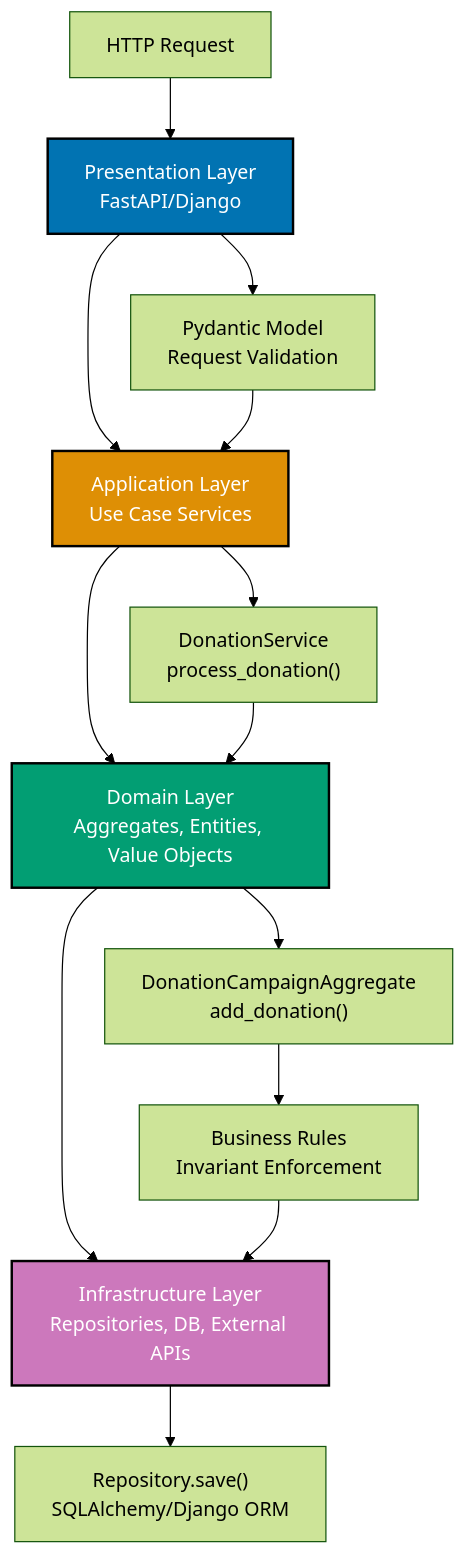
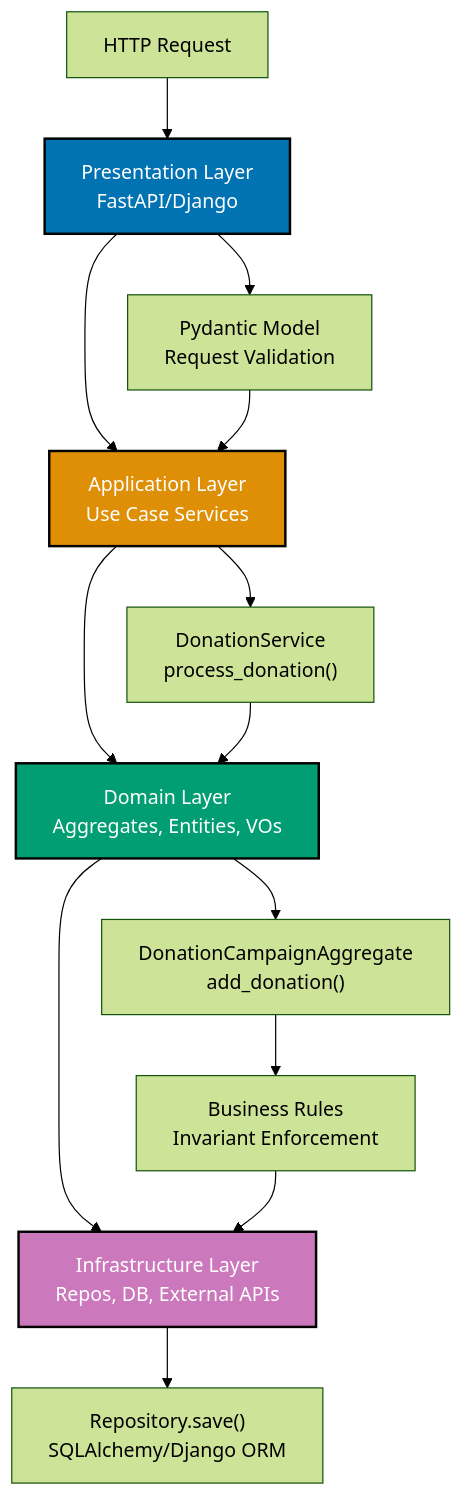
Before and after one commit to wahidyankf/ose-primer: the first of 6 diagrams in docs/explanation/software-engineering/programming-languages/python/domain-driven-design.md, drawn with Mermaid (forest theme). The commit also changed other lines of this file and 12 other files, not shown here.

Commit message:
fix(docs): fix mermaid violations in python/ docs (batch 2/10)

````diff
--- a/docs/explanation/software-engineering/programming-languages/python/domain-driven-design.md
+++ b/docs/explanation/software-engineering/programming-languages/python/domain-driven-design.md
@@ -248,25 +248,25 @@
 ```mermaid
 %% Color Palette: Blue #0173B2, Orange #DE8F05, Teal #029E73, Purple #CC78BC
 graph TD
   A[Presentation Layer<br/>FastAPI/Django] --> B[Application Layer<br/>Use Case Services]
-  B --> C[Domain Layer<br/>Aggregates, Entities, Value Objects]
-  C --> D[Infrastructure Layer<br/>Repositories, DB, External APIs]
+  B --> C[Domain Layer<br/>Aggregates, Entities, VOs]
+  C --> D[Infrastructure Layer<br/>Repos, DB, External APIs]
 
   E[HTTP Request] --> A
   A --> F[Pydantic Model<br/>Request Validation]
   F --> B
 
   B --> G[DonationService<br/>process_donation#40;#41;]
   G --> C
 
   C --> H[DonationCampaignAggregate<br/>add_donation#40;#41;]
   H --> I[Business Rules<br/>Invariant Enforcement]
 
   I --> D
   D --> J[Repository.save#40;#41;<br/>SQLAlchemy/Django ORM]
 
   style A fill:#0173B2,stroke:#000,color:#fff,stroke-width:2px
   style B fill:#DE8F05,stroke:#000,color:#fff,stroke-width:2px
   style C fill:#029E73,stroke:#000,color:#fff,stroke-width:2px
   style D fill:#CC78BC,stroke:#000,color:#fff,stroke-width:2px
 ```
````
